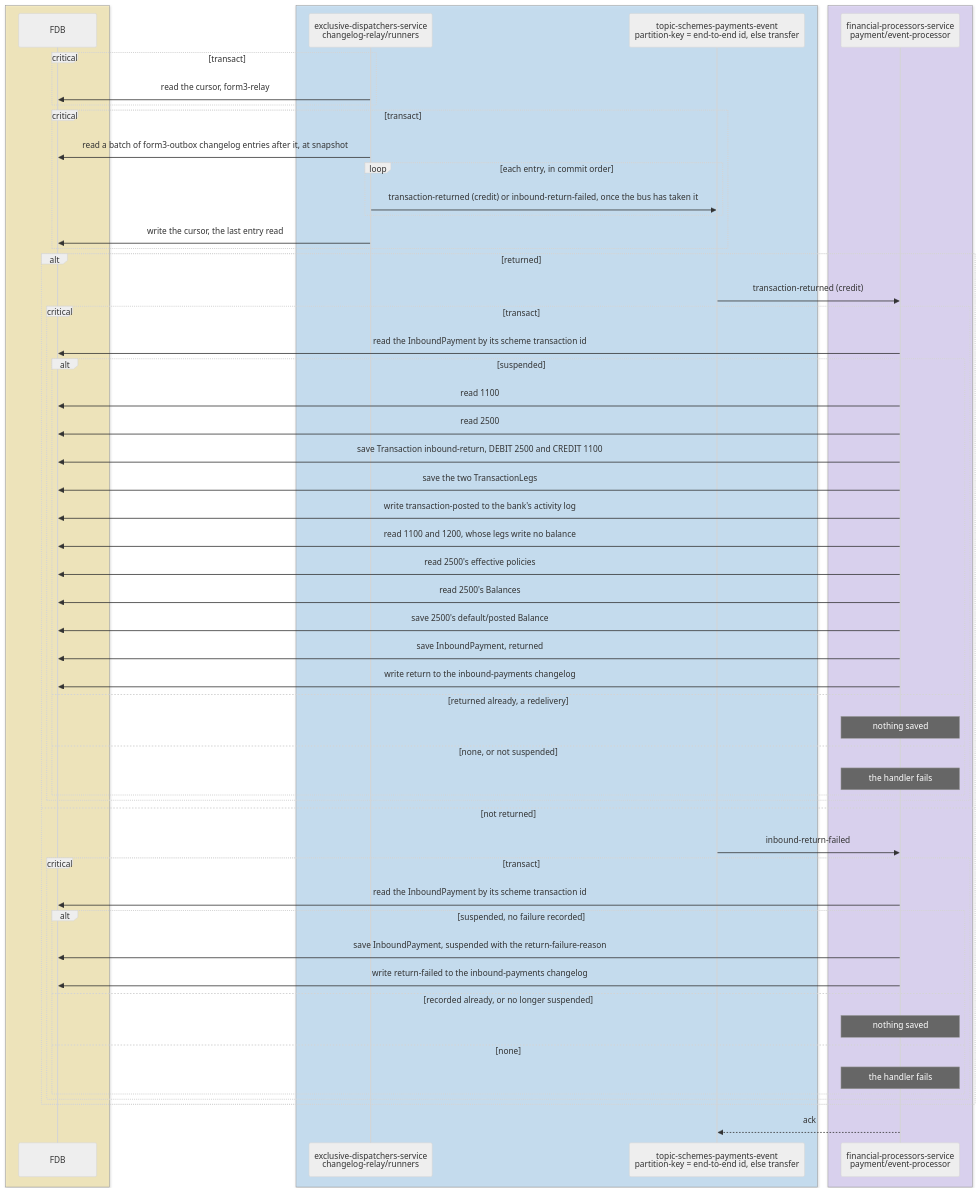
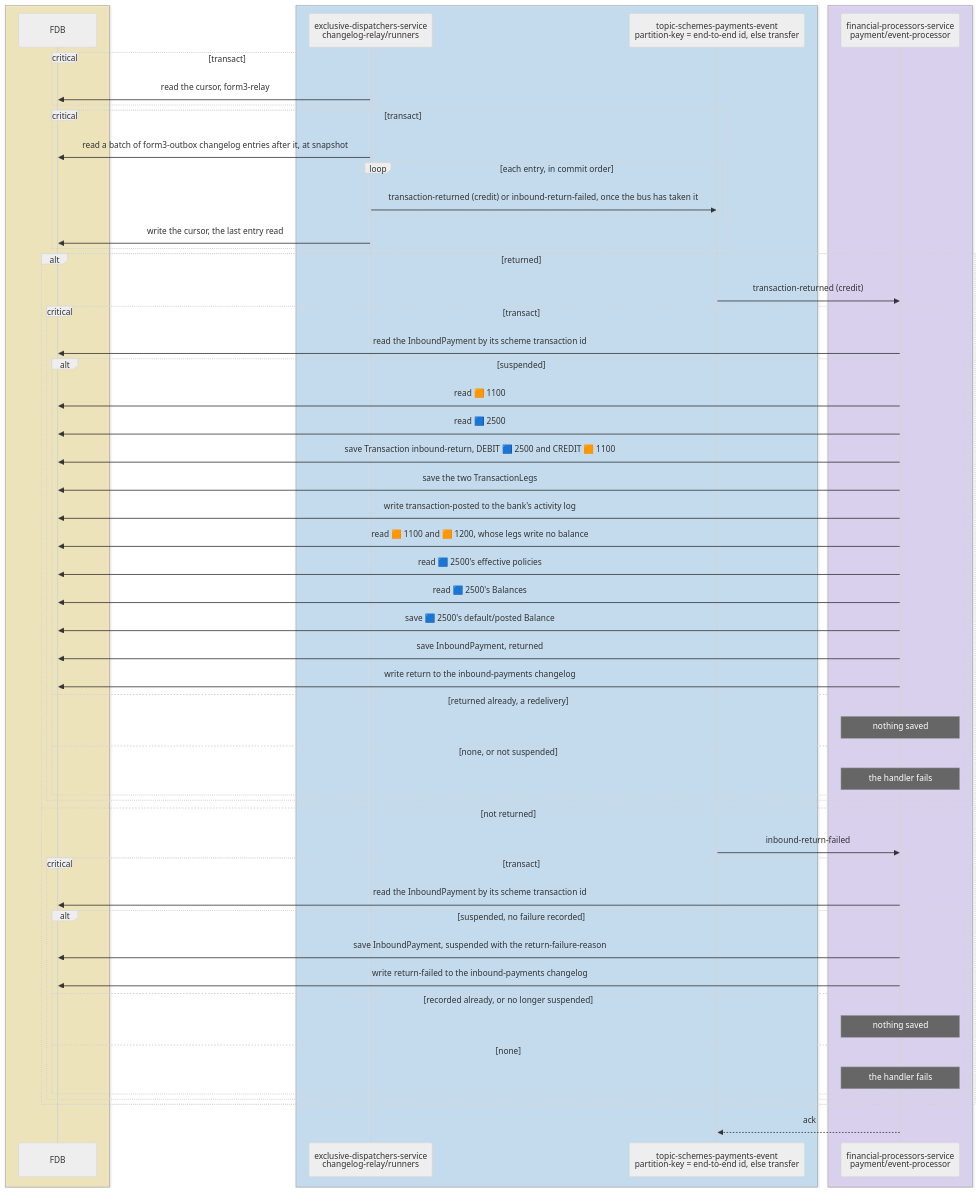
Diagram 15 of 15 in docs/tdd/payments-inbound.md (repldriven/queenswood), drawn with Mermaid (neutral theme) before and after one commit. The commit also changed other lines of this file and 2 other files, not shown here.

Commit message:
Mark each ledger account in the diagrams with its type's colour

````diff
--- a/docs/tdd/payments-inbound.md
+++ b/docs/tdd/payments-inbound.md
@@ -756,60 +757,60 @@
 ```mermaid
 sequenceDiagram
     box rgba(255, 236, 153, 0.5)
     participant DB as FDB
     end
     box rgba(165, 216, 255, 0.45)
     participant OR as exclusive-dispatchers-service<br/>changelog-relay/runners
     participant SE as topic-schemes-payments-event<br/>partition-key = end-to-end id, else transfer
     end
     box rgba(208, 191, 255, 0.45)
     participant PE as financial-processors-service<br/>payment/event-processor
     end
     critical transact
     OR->>DB: read the cursor, form3-relay
     end
     critical transact
     OR->>DB: read a batch of form3-outbox changelog entries after it, at snapshot
     loop each entry, in commit order
     OR->>SE: transaction-returned (credit) or inbound-return-failed, once the bus has taken it
     end
     OR->>DB: write the cursor, the last entry read
     end
     alt returned
     SE->>PE: transaction-returned (credit)
     critical transact
     PE->>DB: read the InboundPayment by its scheme transaction id
     alt suspended
-    PE->>DB: read 1100
-    PE->>DB: read 2500
-    PE->>DB: save Transaction inbound-return, DEBIT 2500 and CREDIT 1100
+    PE->>DB: read 🟧 1100
+    PE->>DB: read 🟦 2500
+    PE->>DB: save Transaction inbound-return, DEBIT 🟦 2500 and CREDIT 🟧 1100
     PE->>DB: save the two TransactionLegs
     PE->>DB: write transaction-posted to the bank's activity log
-    PE->>DB: read 1100 and 1200, whose legs write no balance
-    PE->>DB: read 2500's effective policies
-    PE->>DB: read 2500's Balances
-    PE->>DB: save 2500's default/posted Balance
+    PE->>DB: read 🟧 1100 and 🟧 1200, whose legs write no balance
+    PE->>DB: read 🟦 2500's effective policies
+    PE->>DB: read 🟦 2500's Balances
+    PE->>DB: save 🟦 2500's default/posted Balance
     PE->>DB: save InboundPayment, returned
     PE->>DB: write return to the inbound-payments changelog
     else returned already, a redelivery
     Note over PE: nothing saved
     else none, or not suspended
     Note over PE: the handler fails
     end
     end
     else not returned
     SE->>PE: inbound-return-failed
     critical transact
     PE->>DB: read the InboundPayment by its scheme transaction id
     alt suspended, no failure recorded
     PE->>DB: save InboundPayment, suspended with the return-failure-reason
     PE->>DB: write return-failed to the inbound-payments changelog
     else recorded already, or no longer suspended
     Note over PE: nothing saved
     else none
     Note over PE: the handler fails
     end
     end
     end
     PE-->>SE: ack
 ```
````
